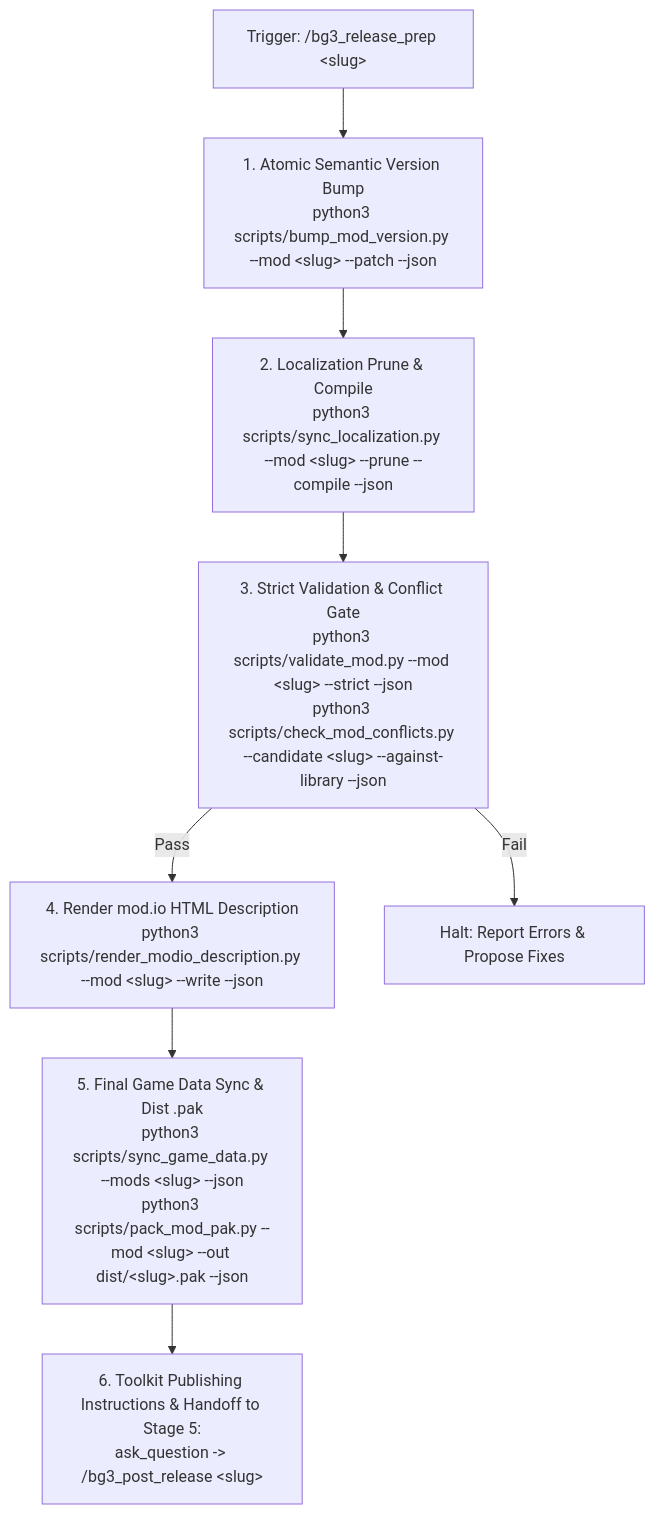
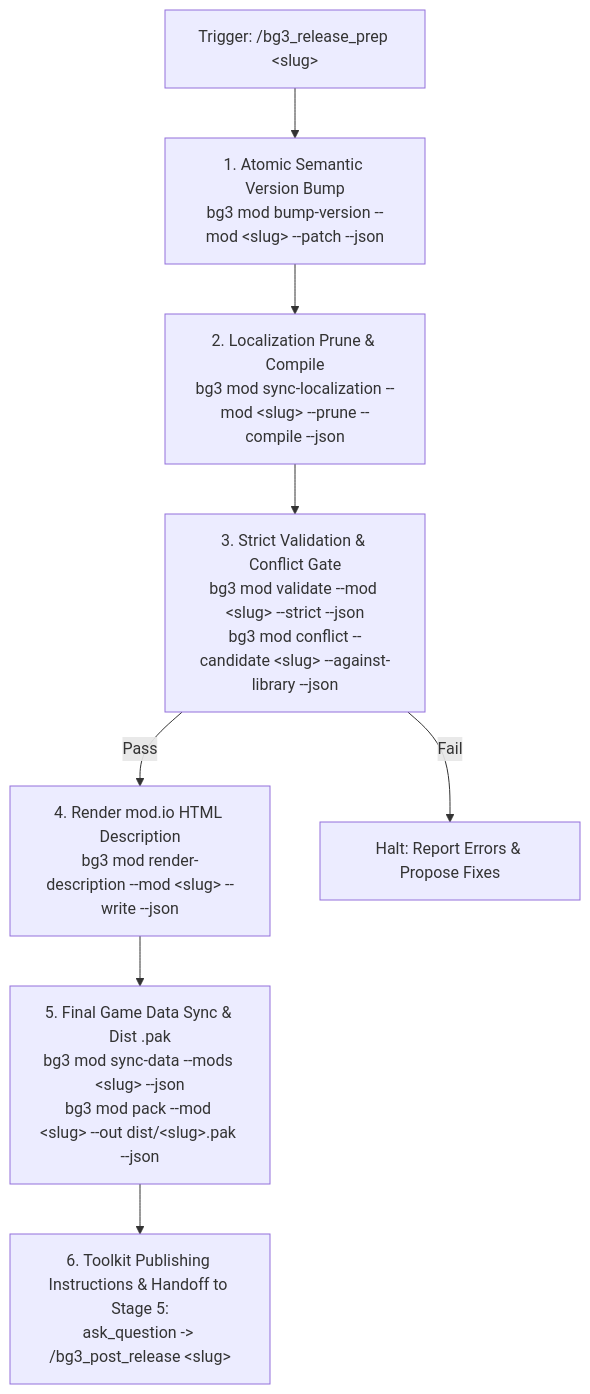
Before and after one commit to jpelton-stroud/bg3-mod-studio: the diagram in .agents/skills/bg3_release_prep/SKILL.md, drawn with Mermaid. The commit also changed other lines of this file and 101 other files, not shown here.

````diff
--- a/.agents/skills/bg3_release_prep/SKILL.md
+++ b/.agents/skills/bg3_release_prep/SKILL.md
@@ -27,18 +27,18 @@
 ```mermaid
 flowchart TD
     Trigger["Trigger: /bg3_release_prep &lt;slug&gt;"] --> Step1["1. Atomic Semantic Version Bump
-python3 scripts/bump_mod_version.py --mod &lt;slug&gt; --patch --json"]
+bg3 mod bump-version --mod &lt;slug&gt; --patch --json"]
     Step1 --> Step2["2. Localization Prune & Compile
-python3 scripts/sync_localization.py --mod &lt;slug&gt; --prune --compile --json"]
+bg3 mod sync-localization --mod &lt;slug&gt; --prune --compile --json"]
     Step2 --> Step3["3. Strict Validation & Conflict Gate
-python3 scripts/validate_mod.py --mod &lt;slug&gt; --strict --json
-python3 scripts/check_mod_conflicts.py --candidate &lt;slug&gt; --against-library --json"]
+bg3 mod validate --mod &lt;slug&gt; --strict --json
+bg3 mod conflict --candidate &lt;slug&gt; --against-library --json"]
     Step3 -->|Pass| Step4["4. Render mod.io HTML Description
-python3 scripts/render_modio_description.py --mod &lt;slug&gt; --write --json"]
+bg3 mod render-description --mod &lt;slug&gt; --write --json"]
     Step3 -->|Fail| Halt["Halt: Report Errors & Propose Fixes"]
     Step4 --> Step5["5. Final Game Data Sync & Dist .pak
-python3 scripts/sync_game_data.py --mods &lt;slug&gt; --json
-python3 scripts/pack_mod_pak.py --mod &lt;slug&gt; --out dist/&lt;slug&gt;.pak --json"]
+bg3 mod sync-data --mods &lt;slug&gt; --json
+bg3 mod pack --mod &lt;slug&gt; --out dist/&lt;slug&gt;.pak --json"]
     Step5 --> Step6["6. Toolkit Publishing Instructions & Handoff to Stage 5:
 ask_question -> /bg3_post_release &lt;slug&gt;"]
 ```
````
